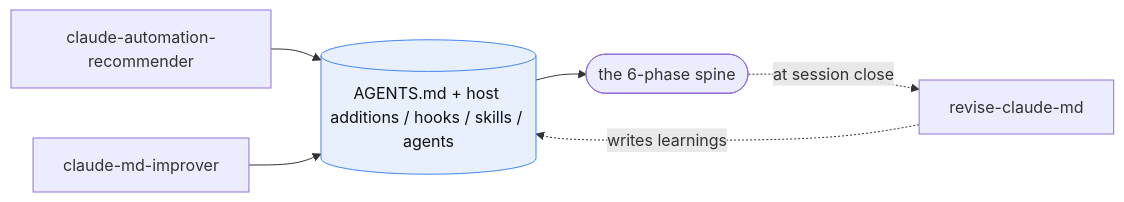
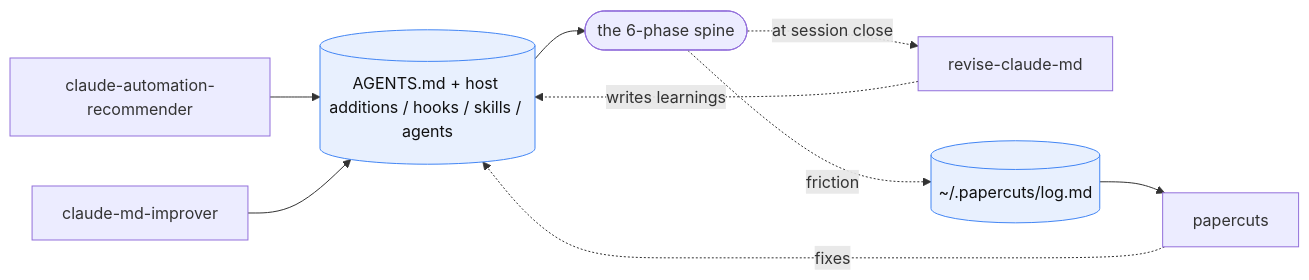
The second of 2 diagrams in docs/notes/skill-flow.md (zela/dot-agents), drawn with Mermaid before and after one commit. The commit also changed other lines of this file and 7 other files, not shown here.

First line of the commit message:
feat(papercuts): friction log rule and inspection skill

````diff
--- a/docs/notes/skill-flow.md
+++ b/docs/notes/skill-flow.md
@@ -98,10 +98,13 @@
 ```mermaid
 flowchart LR
   car[claude-automation-recommender] --> cfg[("AGENTS.md + host additions / hooks / skills / agents")]
   cmi[claude-md-improver] --> cfg
   cfg --> spine(["the 6-phase spine"])
   spine -. at session close .-> rcm[revise-claude-md]
   rcm -. writes learnings .-> cfg
+  spine -. friction .-> log[("~/.papercuts/log.md")]
+  log --> pc[papercuts]
+  pc -. fixes .-> cfg
   classDef doc fill:#e8f0fe,stroke:#4285f4,color:#111;
-  class cfg doc;
+  class cfg,log doc;
 ```
````
